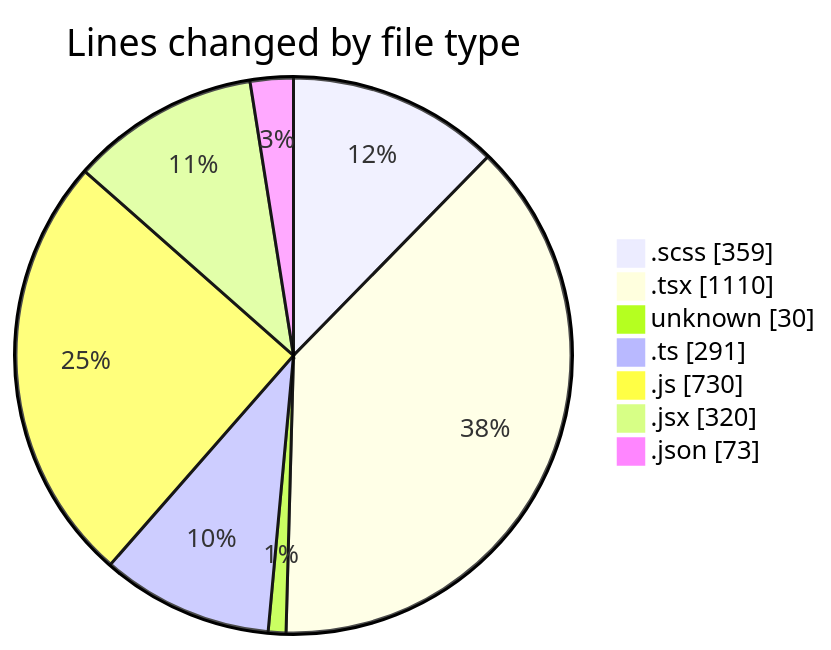
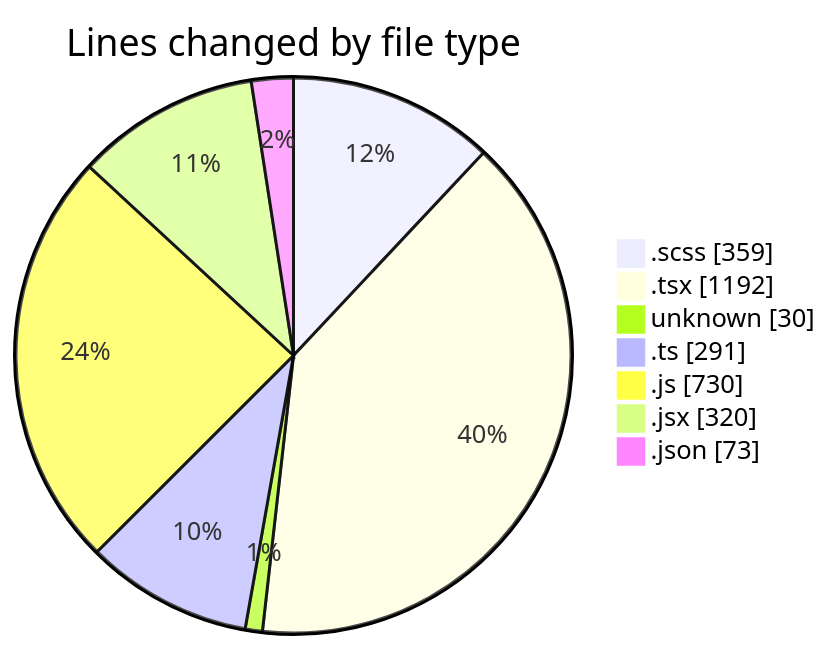
The first of 2 diagrams in 2025-03-05/cda/README.md (momahboobian/code-tracking), drawn with Mermaid before and after one commit. The commit also changed other lines of this file and 1 other file, not shown here.

````diff
--- a/2025-03-05/cda/README.md
+++ b/2025-03-05/cda/README.md
@@ -45,11 +45,11 @@
 ```mermaid
 pie showData
 title Lines changed by file type
 ".scss" : 359
-".tsx" : 1110
+".tsx" : 1192
 "unknown" : 30
 ".ts" : 291
 ".js" : 730
 ".jsx" : 320
 ".json" : 73
 ```
````
